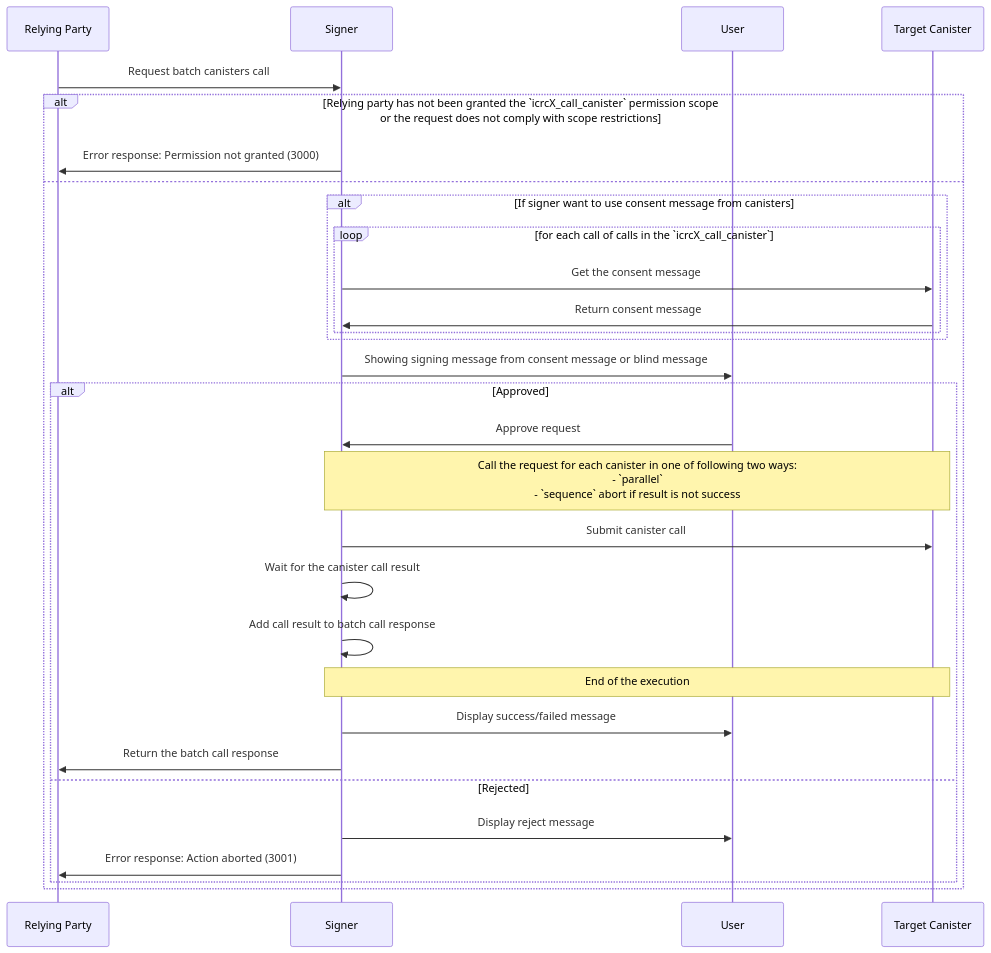
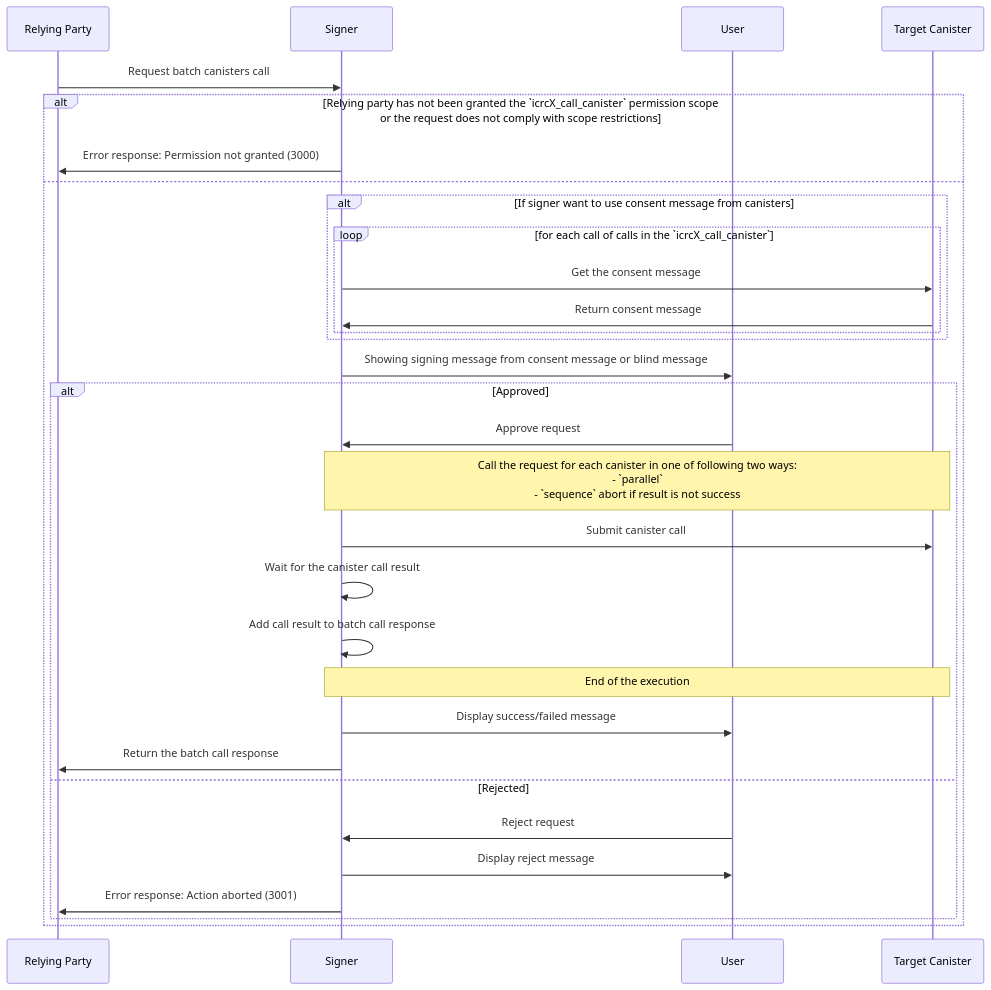
The diagram in topics/icrc_X_multiple_canister_call.md (dfinity/wg-identity-authentication), drawn with Mermaid before and after one commit.

````diff
--- a/topics/icrc_X_multiple_canister_call.md
+++ b/topics/icrc_X_multiple_canister_call.md
@@ -45,41 +45,42 @@
 ```mermaid
 sequenceDiagram
     participant RP as Relying Party
     participant S as Signer
     participant U as User
     participant C as Target Canister
 
     RP ->> S: Request batch canisters call
     alt Relying party has not been granted the `icrcX_call_canister` permission scope<br>or the request does not comply with scope restrictions
         S ->> RP: Error response: Permission not granted (3000)
     else
 
         alt If signer want to use consent message from canisters
             loop for each call of calls in the `icrcX_call_canister`
                 S ->> C: Get the consent message
                 C ->> S: Return consent message
             end
         end
 
         S ->> U: Showing signing message from consent message or blind message
         
 
         alt Approved
-        U ->> S: Approve request
+            U ->> S: Approve request
             Note over S,C: Call the request for each canister in one of following two ways: <br/> - `parallel` <br /> - `sequence` abort if result is not success
                 %% this is a comment 
                 
                 S ->> C: Submit canister call
                 S ->> S: Wait for the canister call result
                 S ->> S: Add call result to batch call response
             Note over S,C: End of the execution
         
         S ->> U: Display success/failed message
         S ->> RP: Return the batch call response
             
         else Rejected
-             S ->> U: Display reject message
+            U ->> S: Reject request
+            S ->> U: Display reject message
             S ->> RP: Error response: Action aborted (3001)
         end
     end
 ```
````
